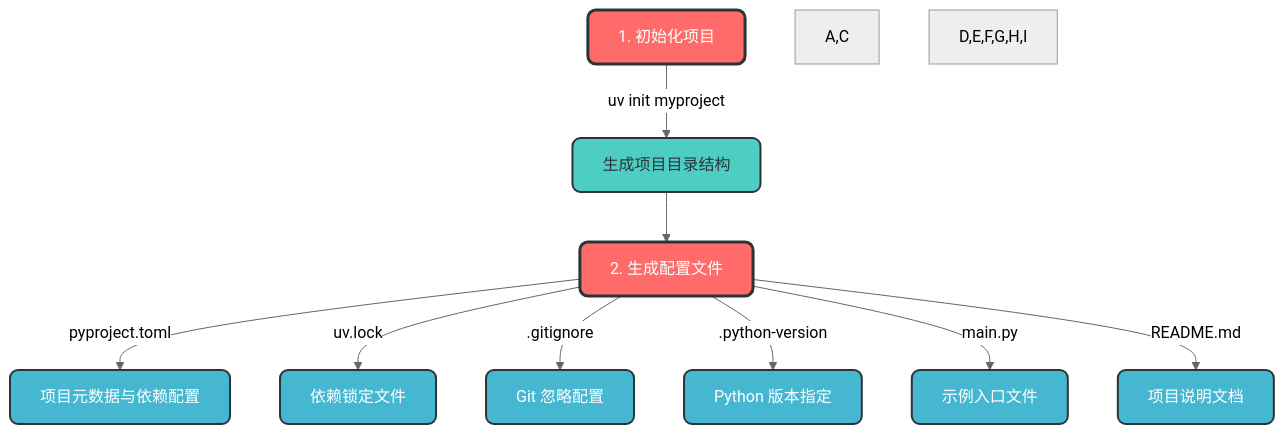
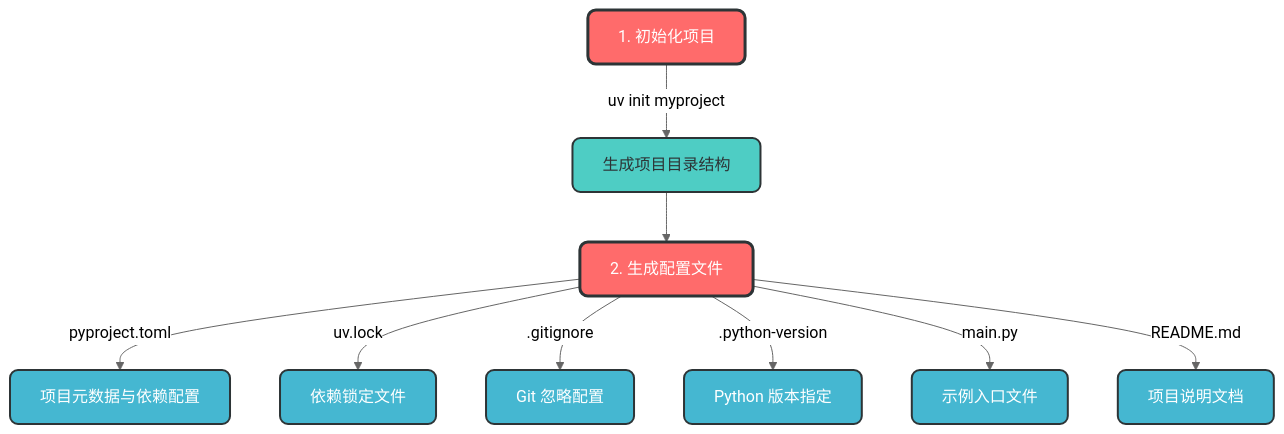
The second of 8 diagrams in docs/uv 管理 python 虚拟环境/uv 完整使用指南.md (amuqiao/fastapi-enterprise-framework-template), drawn with Mermaid (neutral theme) before and after one commit. The commit also changed other lines of this file, not shown here.

````diff
--- a/docs/uv 管理 python 虚拟环境/uv 完整使用指南.md
+++ b/docs/uv 管理 python 虚拟环境/uv 完整使用指南.md
@@ -88,19 +88,19 @@
 ```mermaid
 flowchart TD
     A[1. 初始化项目] -->|uv init myproject| B[生成项目目录结构]
     B --> C[2. 生成配置文件]
     C -->|pyproject.toml| D[项目元数据与依赖配置]
     C -->|uv.lock| E[依赖锁定文件]
     C -->|.gitignore| F[Git 忽略配置]
     C -->|.python-version| G[Python 版本指定]
     C -->|main.py| H[示例入口文件]
     C -->|README.md| I[项目说明文档]
     
     classDef step fill:#FF6B6B,stroke:#2D3436,stroke-width:3px,color:white,rx:8,ry:8;
     classDef action fill:#4ECDC4,stroke:#2D3436,stroke-width:2px,color:#2D3436,rx:8,ry:8;
     classDef result fill:#45B7D1,stroke:#2D3436,stroke-width:2px,color:white,rx:8,ry:8;
     
-    A,C:::step;
-    B:::action;
-    D,E,F,G,H,I:::result;
+    class A,C step;
+    class B action;
+    class D,E,F,G,H,I result;
 ```
````
